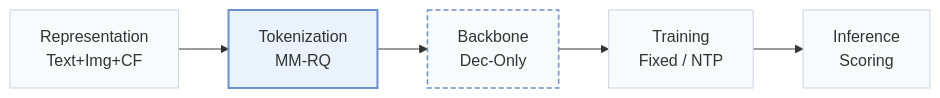
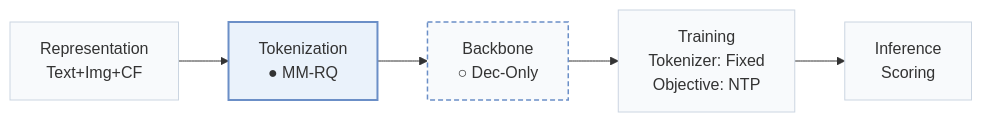
Before and after one commit to Galaxy-ghost/Awesome-SID-Generative-Rec: the first of 2 diagrams in pages/papers/mme-sid.md, drawn with Mermaid. The commit also changed other lines of this file and 558 other files, not shown here.

````diff
--- a/pages/papers/mme-sid.md
+++ b/pages/papers/mme-sid.md
@@ -15,10 +18,10 @@
 ```mermaid
 flowchart LR
-    R["Representation<br/>Text+Img+CF"] --> T["Tokenization<br/>MM-RQ"] --> B["Backbone<br/>Dec-Only"] --> TR["Training<br/>Fixed / NTP"] --> I["Inference<br/>Scoring"]
+    R["Representation<br/>Text+Img+CF"] --> T["Tokenization<br/>● MM-RQ"] --> B["Backbone<br/>○ Dec-Only"] --> TR["Training<br/>Tokenizer: Fixed<br/>Objective: NTP"] --> I["Inference<br/>Scoring"]
     classDef base fill:#f8fafc,stroke:#cbd5e1
     class R,T,B,TR,I base
-    classDef also fill:#f8fafc,stroke:#6b8fc7,stroke-width:1.5px,stroke-dasharray:5 3
-    class B also
+    classDef other fill:#f8fafc,stroke:#6b8fc7,stroke-width:1.5px,stroke-dasharray:5 3
+    class B other
     classDef main fill:#eaf2fb,stroke:#6b8fc7,stroke-width:2px
     class T main
 ```
````
